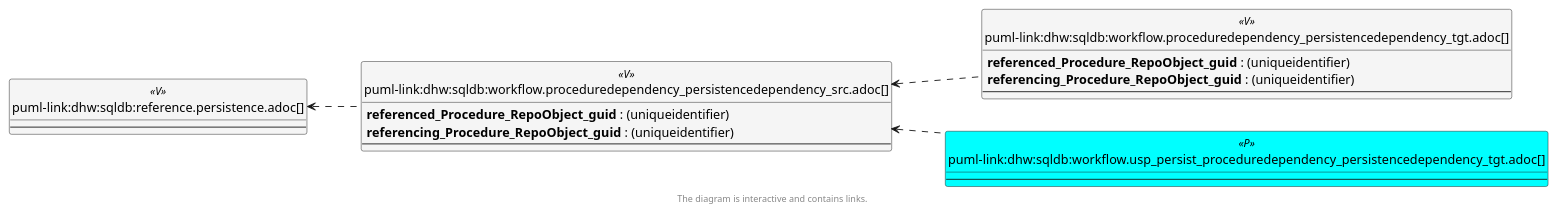
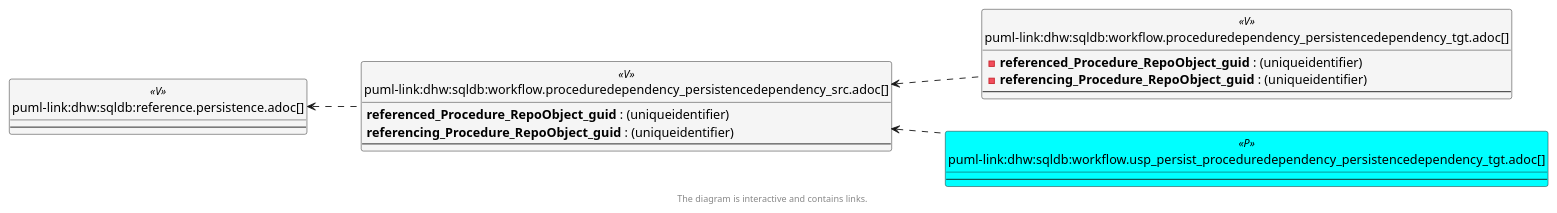
The third of 6 diagrams in docs/modules/sqldb/partials/content/workflow.proceduredependency_persistencedependency_src.adoc (DataHandwerk/dhw-antora-sqldb), drawn with PlantUML before and after one commit. The commit also changed other lines of this file and 641 other files, not shown here.

```diff
--- a/docs/modules/sqldb/partials/content/workflow.proceduredependency_persistencedependency_src.adoc
+++ b/docs/modules/sqldb/partials/content/workflow.proceduredependency_persistencedependency_src.adoc
@@ -639,58 +639,58 @@
 [plantuml, entity_1_1_objectref-{docname}, svg, subs=macros]
 ....
 @startuml
 left to right direction
 'top to bottom direction
 hide circle
 'avoide "." issues:
 set namespaceSeparator none
 
 
 skinparam class {
   BackgroundColor White
   BackgroundColor<<FN>> Yellow
   BackgroundColor<<FS>> Yellow
   BackgroundColor<<FT>> LightGray
   BackgroundColor<<IF>> Yellow
   BackgroundColor<<IS>> Yellow
   BackgroundColor<<P>>  Aqua
   BackgroundColor<<PC>> Aqua
   BackgroundColor<<SN>> Yellow
   BackgroundColor<<SO>> SlateBlue
   BackgroundColor<<TF>> LightGray
   BackgroundColor<<TR>> Tomato
   BackgroundColor<<U>>  White
   BackgroundColor<<V>>  WhiteSmoke
   BackgroundColor<<X>>  Aqua
   BackgroundColor<<external>> AliceBlue
 }
 
 
 entity "puml-link:dhw:sqldb:reference.persistence.adoc[]" as reference.Persistence << V >> {
   --
 }
 
 entity "puml-link:dhw:sqldb:workflow.proceduredependency_persistencedependency_src.adoc[]" as workflow.ProcedureDependency_PersistenceDependency_src << V >> {
   **referenced_Procedure_RepoObject_guid** : (uniqueidentifier)
   **referencing_Procedure_RepoObject_guid** : (uniqueidentifier)
   --
 }
 
 entity "puml-link:dhw:sqldb:workflow.proceduredependency_persistencedependency_tgt.adoc[]" as workflow.ProcedureDependency_PersistenceDependency_tgt << V >> {
-  **referenced_Procedure_RepoObject_guid** : (uniqueidentifier)
-  **referencing_Procedure_RepoObject_guid** : (uniqueidentifier)
+  - **referenced_Procedure_RepoObject_guid** : (uniqueidentifier)
+  - **referencing_Procedure_RepoObject_guid** : (uniqueidentifier)
   --
 }
 
 entity "puml-link:dhw:sqldb:workflow.usp_persist_proceduredependency_persistencedependency_tgt.adoc[]" as workflow.usp_PERSIST_ProcedureDependency_PersistenceDependency_tgt << P >> {
   --
 }
 
 reference.Persistence <.. workflow.ProcedureDependency_PersistenceDependency_src
 workflow.ProcedureDependency_PersistenceDependency_src <.. workflow.ProcedureDependency_PersistenceDependency_tgt
 workflow.ProcedureDependency_PersistenceDependency_src <.. workflow.usp_PERSIST_ProcedureDependency_PersistenceDependency_tgt
 
 footer The diagram is interactive and contains links.
 
 @enduml
 ....
```
